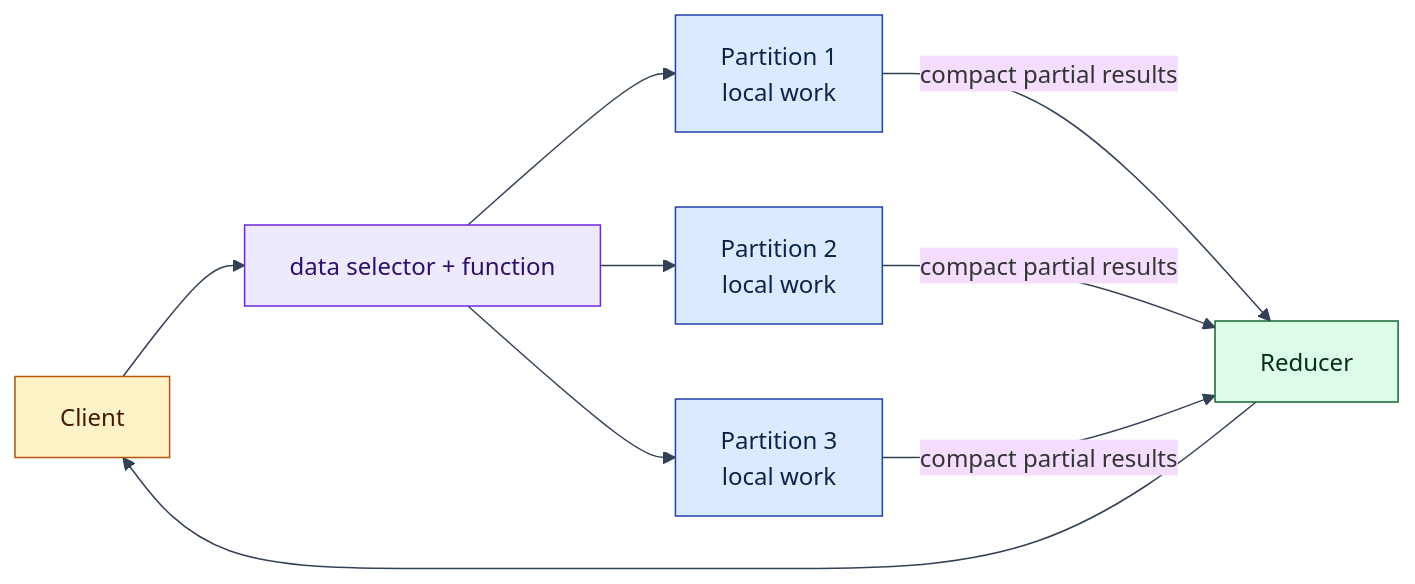
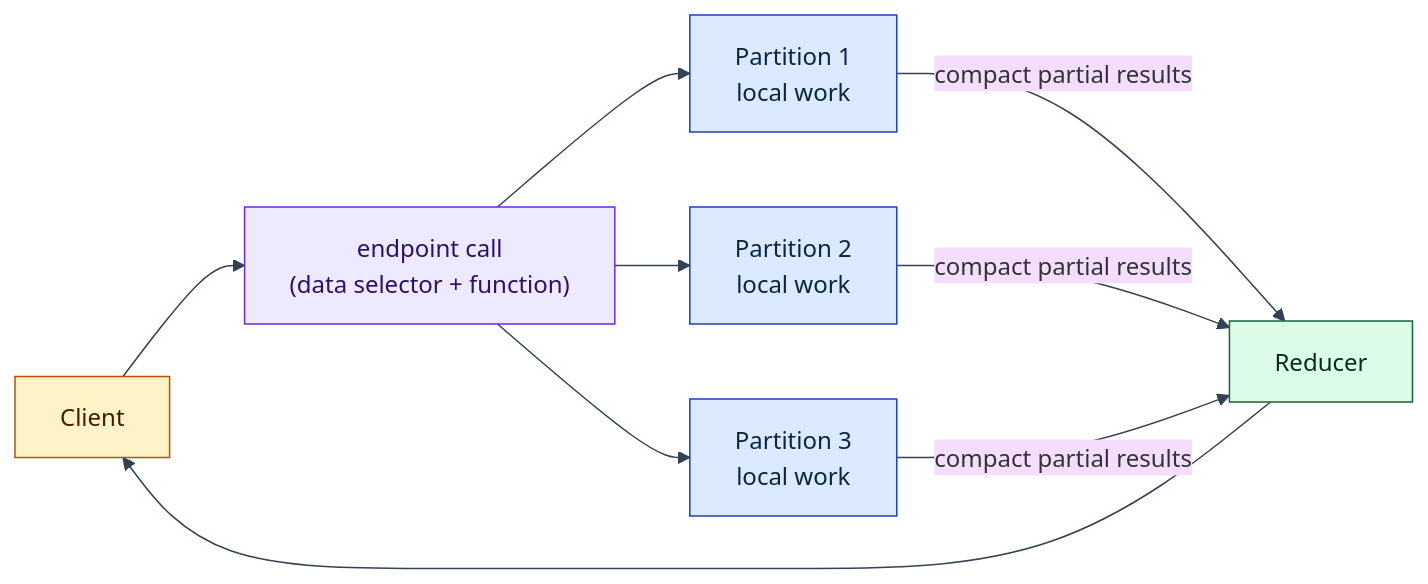
The second of 3 diagrams in examples/README.md (psvensson/lagrange), drawn with Mermaid before and after one commit. The commit also changed other lines of this file and 36 other files, not shown here.

````diff
--- a/examples/README.md
+++ b/examples/README.md
@@ -47,15 +49,15 @@
 ```mermaid
 %%{init: {'theme':'base','themeVariables':{'background':'#ffffff','lineColor':'#334155','textColor':'#0f172a'}}}%%
 flowchart LR
-  C["Client"]:::ctrl --> SEL["data selector + function"]:::move
+  C["Client"]:::ctrl --> SEL["endpoint call<br/>(data selector + function)"]:::move
   SEL --> W1["Partition 1<br/>local work"]:::data
   SEL --> W2["Partition 2<br/>local work"]:::data
   SEL --> W3["Partition 3<br/>local work"]:::data
   W1 & W2 & W3 -- "compact partial results" --> R["Reducer"]:::svc
   R --> C
 
   classDef data fill:#dbeafe,stroke:#1e40af,color:#0b2545
   classDef svc fill:#dcfce7,stroke:#166534,color:#052e16
   classDef ctrl fill:#fef3c7,stroke:#b45309,color:#451a03
   classDef move fill:#ede9fe,stroke:#6d28d9,color:#2e1065
 ```
````
